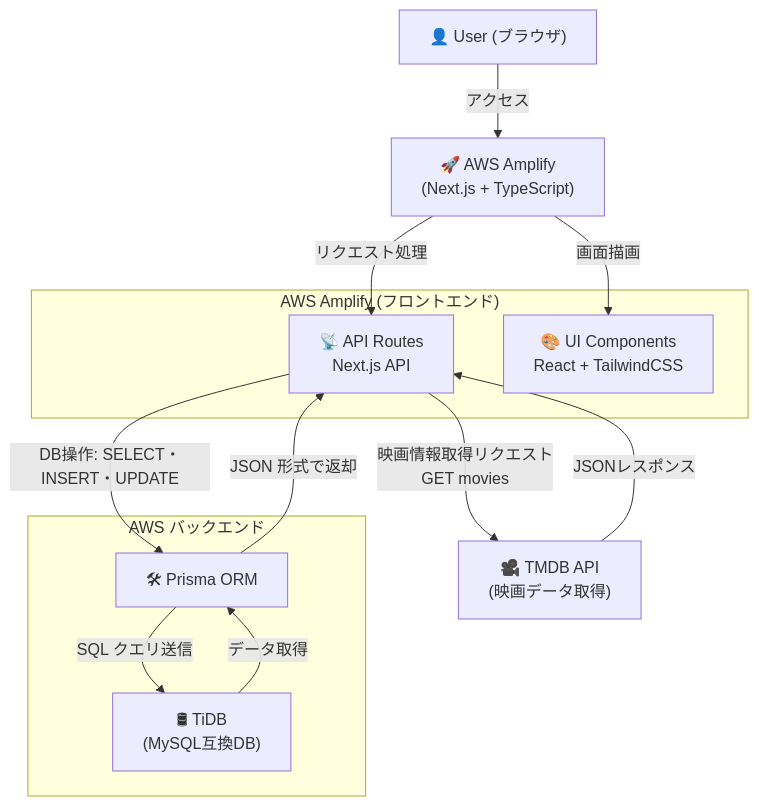
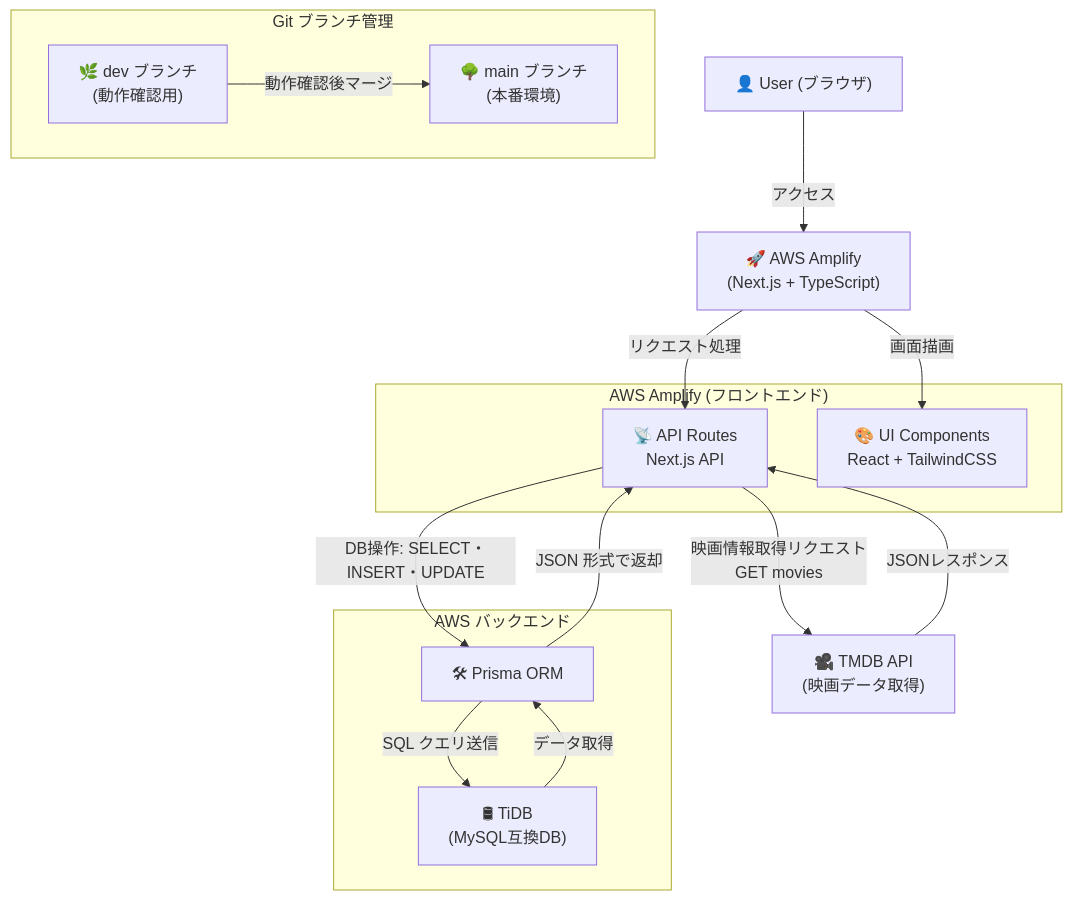
Before and after one commit to hato-taka/TMDb-api: the diagram in docs/requirements/v1.0/requirement_v1_0.md, drawn with Mermaid. The commit also changed other lines of this file, not shown here.

Commit message:
UPDATE: Gitのブランチ管理に関する情報を追加し、devブランチとmainブランチの運用方法を明記

````diff
--- a/docs/requirements/v1.0/requirement_v1_0.md
+++ b/docs/requirements/v1.0/requirement_v1_0.md
@@ -79,29 +80,37 @@
 ```mermaid
 graph TD;
     %% ユーザー
     User["👤 User (ブラウザ)"] -->|アクセス| Amplify["🚀 AWS Amplify<br>(Next.js + TypeScript)"];
 
     %% Amplifyの動作
     subgraph "AWS Amplify (フロントエンド)"
         AmplifyAPI["📡 API Routes<br>Next.js API"]
         AmplifyUI["🎨 UI Components<br>React + TailwindCSS"]
     end
 
     Amplify -->|画面描画| AmplifyUI;
     Amplify -->|リクエスト処理| AmplifyAPI;
 
     %% TMDB API とのやり取り
     AmplifyAPI -->|"映画情報取得リクエスト<br>GET movies"| TMDB["🎥 TMDB API<br>(映画データ取得)"];
     TMDB -->|"JSONレスポンス"| AmplifyAPI;
 
     %% データベースの操作
     subgraph "AWS バックエンド"
         TiDB["🛢 TiDB<br>(MySQL互換DB)"];
         Prisma["🛠 Prisma ORM"];
     end
 
     AmplifyAPI -->|"DB操作: SELECT・INSERT・UPDATE"| Prisma;
     Prisma -->|"SQL クエリ送信"| TiDB;
     TiDB -->|"データ取得"| Prisma;
     Prisma -->|"JSON 形式で返却"| AmplifyAPI;
+
+    %% Git のブランチ管理
+    subgraph "Git ブランチ管理"
+        DevBranch["🌿 dev ブランチ<br>(動作確認用)"]
+        MainBranch["🌳 main ブランチ<br>(本番環境)"]
+    end
+
+    DevBranch -->|"動作確認後マージ"| MainBranch;
 ```
````
